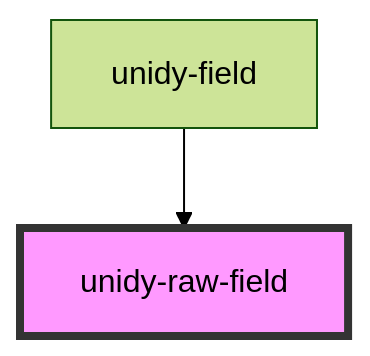
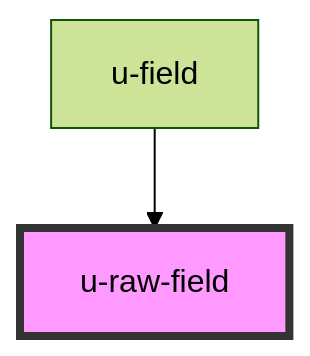
One commit to UnidyID/unidy-sdk changed the diagram in packages/auth/src/components/profile/raw-field/readme.md. Above: the diagram before and after it, drawn with Mermaid (forest theme). The commit also changed other lines of this file and 18 other files, not shown here.

````diff
--- a/packages/auth/src/components/profile/raw-field/readme.md
+++ b/packages/auth/src/components/profile/raw-field/readme.md
@@ -39,5 +39,5 @@
 ```mermaid
 graph TD;
-  unidy-field --> unidy-raw-field
-  style unidy-raw-field fill:#f9f,stroke:#333,stroke-width:4px
+  u-field --> u-raw-field
+  style u-raw-field fill:#f9f,stroke:#333,stroke-width:4px
 ```
````
